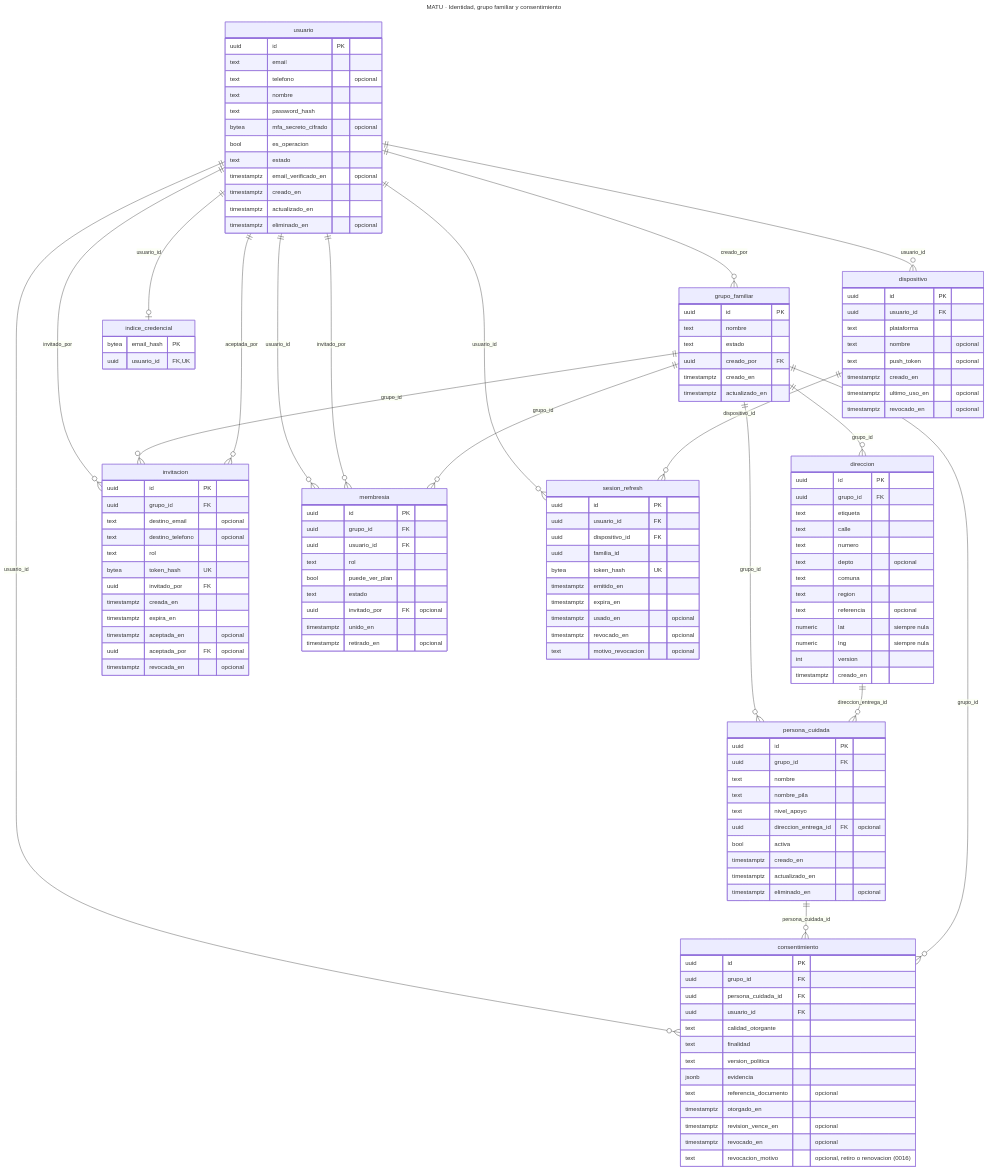
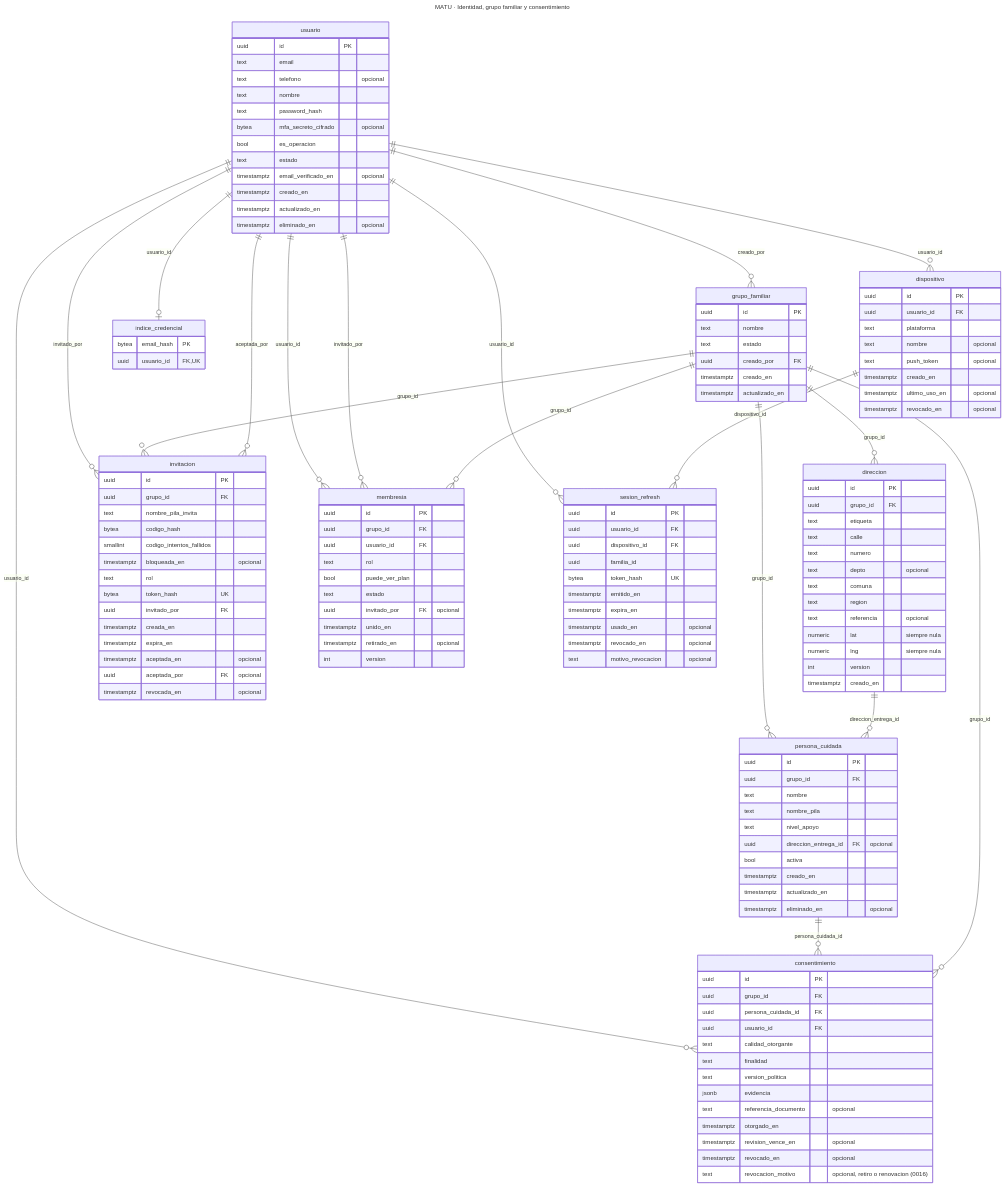
One commit to MartinHenriquez131/MATU changed the second of 11 diagrams in docs/modelo-datos.md. Above: the diagram before and after it, drawn with Mermaid. The commit also changed other lines of this file, not shown here.

Commit message:
docs(modelo): membresía con versión e invitación sin contacto, con código y bloqueo (MATU-42, 0026)

```diff
--- a/docs/modelo-datos.md
+++ b/docs/modelo-datos.md
@@ -209,12 +209,15 @@
         uuid invitado_por FK "opcional"
         timestamptz unido_en
         timestamptz retirado_en "opcional"
+        int version
     }
     invitacion {
         uuid id PK
         uuid grupo_id FK
-        text destino_email "opcional"
-        text destino_telefono "opcional"
+        text nombre_pila_invita
+        bytea codigo_hash
+        smallint codigo_intentos_fallidos
+        timestamptz bloqueada_en "opcional"
         text rol
         bytea token_hash UK
         uuid invitado_por FK
```
